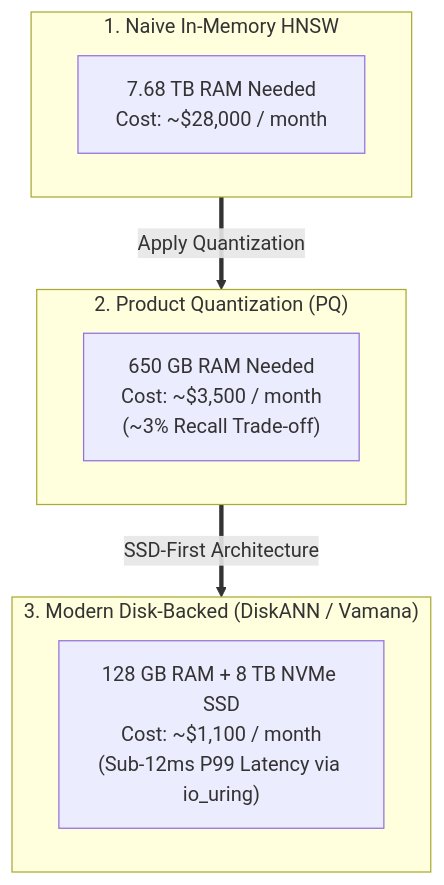
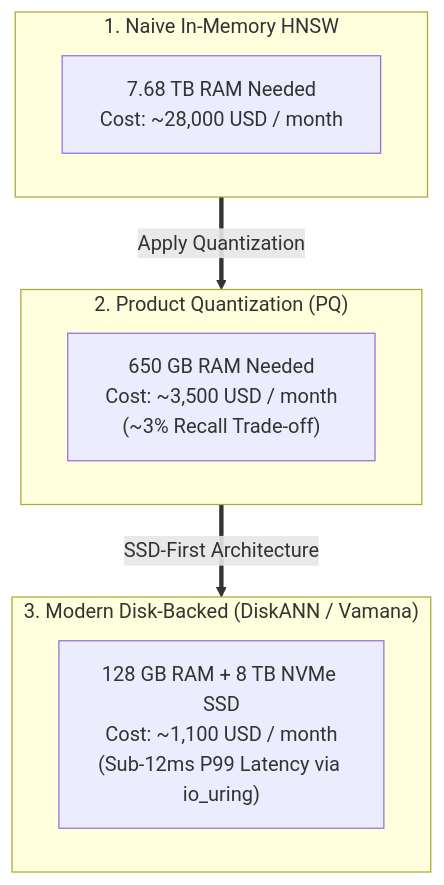
Before and after one commit to dip4k/senior-engineer-to-ai-engineer-roadmap: the third of 10 diagrams in interview/ai-platform-engineer-handbook.md, drawn with Mermaid. The commit also changed other lines of this file and 19 other files, not shown here.

````diff
--- a/interview/ai-platform-engineer-handbook.md
+++ b/interview/ai-platform-engineer-handbook.md
@@ -126,17 +124,17 @@
 ```mermaid
 flowchart TD
     subgraph RawRAM ["1. Naive In-Memory HNSW"]
-        M1["7.68 TB RAM Needed<br>Cost: ~$28,000 / month"]
+        M1["7.68 TB RAM Needed<br>Cost: ~28,000 USD / month"]
     end
 
     subgraph Quantized ["2. Product Quantization (PQ)"]
-        M2["650 GB RAM Needed<br>Cost: ~$3,500 / month<br>(~3% Recall Trade-off)"]
+        M2["650 GB RAM Needed<br>Cost: ~3,500 USD / month<br>(~3% Recall Trade-off)"]
     end
 
     subgraph DiskANN ["3. Modern Disk-Backed (DiskANN / Vamana)"]
-        M3["128 GB RAM + 8 TB NVMe SSD<br>Cost: ~$1,100 / month<br>(Sub-12ms P99 Latency via io_uring)"]
+        M3["128 GB RAM + 8 TB NVMe SSD<br>Cost: ~1,100 USD / month<br>(Sub-12ms P99 Latency via io_uring)"]
     end
 
     RawRAM ==>|"Apply Quantization"| Quantized
     Quantized ==>|"SSD-First Architecture"| DiskANN
 ```
````
